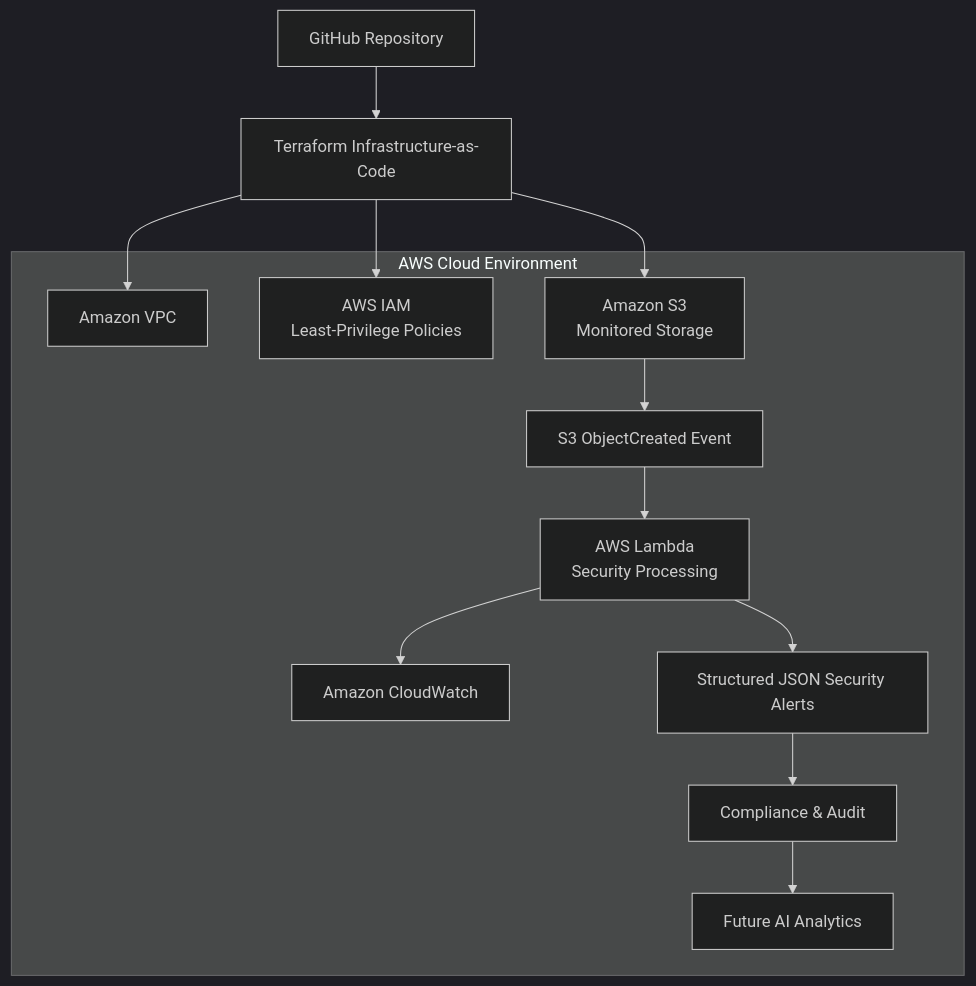
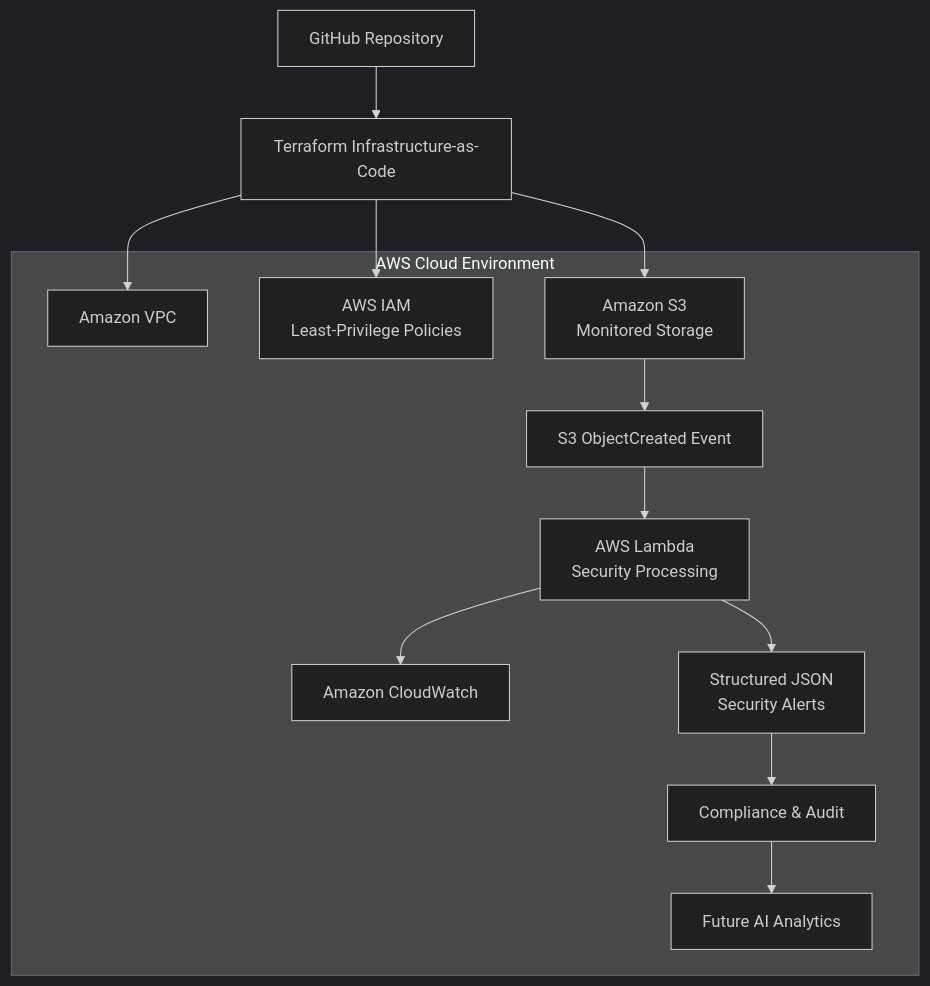
One commit to TaiwoGlobalCloud/autonomous-zero-trust-cloud-security changed the diagram in README.md. Above: the diagram before and after it, drawn with Mermaid (dark theme). The commit also changed other lines of this file, not shown here.

````diff
--- a/README.md
+++ b/README.md
@@ -183,45 +182,47 @@
 ```mermaid
 flowchart TB
 
     GH["GitHub Repository"]
     TF["Terraform Infrastructure-as-Code"]
 
     subgraph AWS["AWS Cloud Environment"]
 
         VPC["Amazon VPC"]
 
         IAM["AWS IAM<br/>Least-Privilege Policies"]
 
         S3["Amazon S3<br/>Monitored Storage"]
 
         EVT["S3 ObjectCreated Event"]
 
         LAMBDA["AWS Lambda<br/>Security Processing"]
 
         CW["Amazon CloudWatch"]
 
-        ALERT["Structured JSON Security Alerts"]
+        ALERT["Structured JSON<br/>Security Alerts"]
 
         COMP["Compliance & Audit"]
 
         AI["Future AI Analytics"]
 
     end
 
     GH --> TF
 
     TF --> VPC
     TF --> IAM
     TF --> S3
 
     S3 --> EVT
 
     EVT --> LAMBDA
 
     LAMBDA --> CW
     LAMBDA --> ALERT
 
     ALERT --> COMP
 
     COMP --> AI
+
+    click GH "https://github.com/TaiwoGlobalCloud/autonomous-zero-trust-cloud-security" "GitHub Repository"
 ```
````
